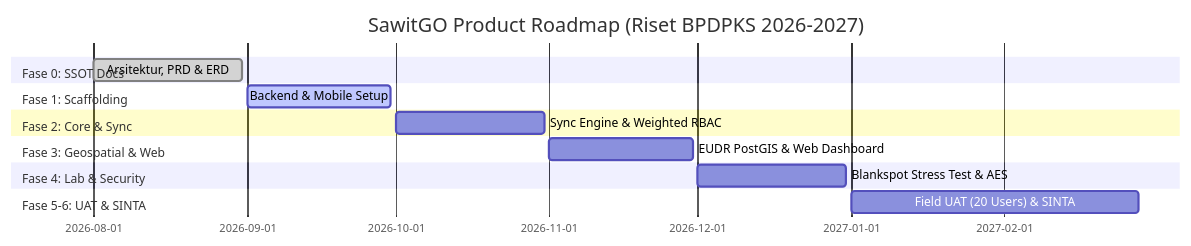
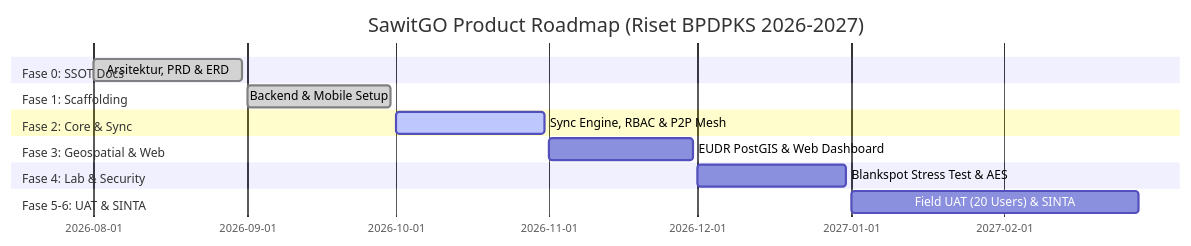
The second of 2 diagrams in docs/PRD.md (felichpehagasaginting-code/SawitGO), drawn with Mermaid before and after one commit. The commit also changed other lines of this file and 1 other file, not shown here.

Commit message:
docs: integrate P2P Realtime Mesh Sync module into PRD roadmap and System Architecture

````diff
--- a/docs/PRD.md
+++ b/docs/PRD.md
@@ -119,17 +120,17 @@
 ```mermaid
 gantt
     title SawitGO Product Roadmap (Riset BPDPKS 2026-2027)
     dateFormat  YYYY-MM-DD
     section Fase 0: SSOT Docs
     Arsitektur, PRD & ERD          :done, 2026-08-01, 2026-08-31
     section Fase 1: Scaffolding
-    Backend & Mobile Setup         :active, 2026-09-01, 2026-09-30
+    Backend & Mobile Setup         :done, 2026-09-01, 2026-09-30
     section Fase 2: Core & Sync
-    Sync Engine & Weighted RBAC    :2026-10-01, 2026-10-31
+    Sync Engine, RBAC & P2P Mesh   :active, 2026-10-01, 2026-10-31
     section Fase 3: Geospatial & Web
     EUDR PostGIS & Web Dashboard   :2026-11-01, 2026-11-30
     section Fase 4: Lab & Security
     Blankspot Stress Test & AES    :2026-12-01, 2026-12-31
     section Fase 5-6: UAT & SINTA
     Field UAT (20 Users) & SINTA   :2027-01-01, 2027-02-28
 ```
````
